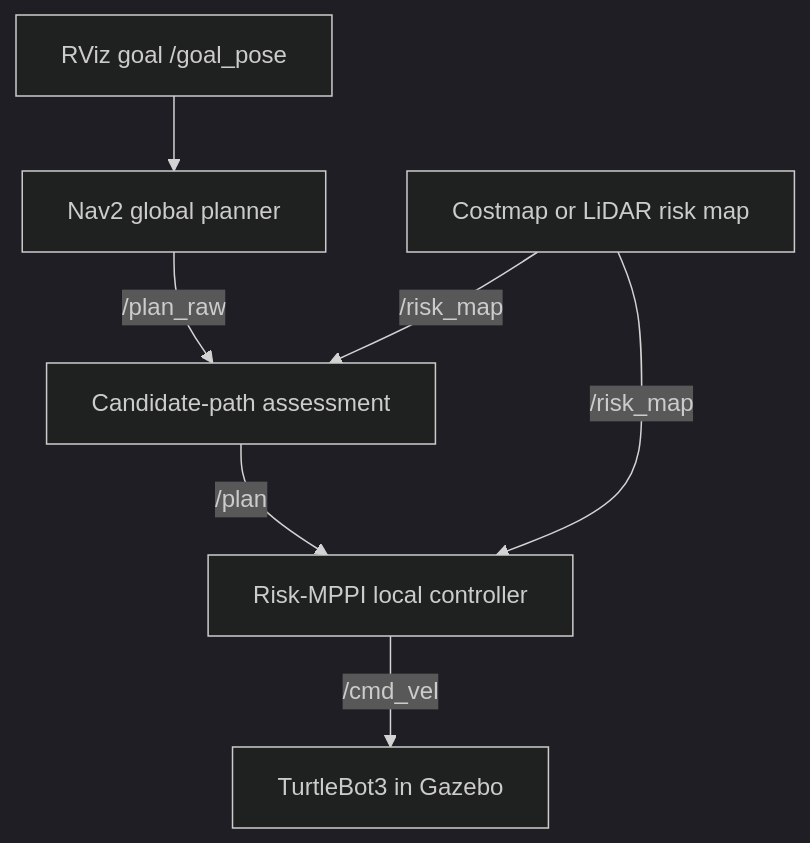
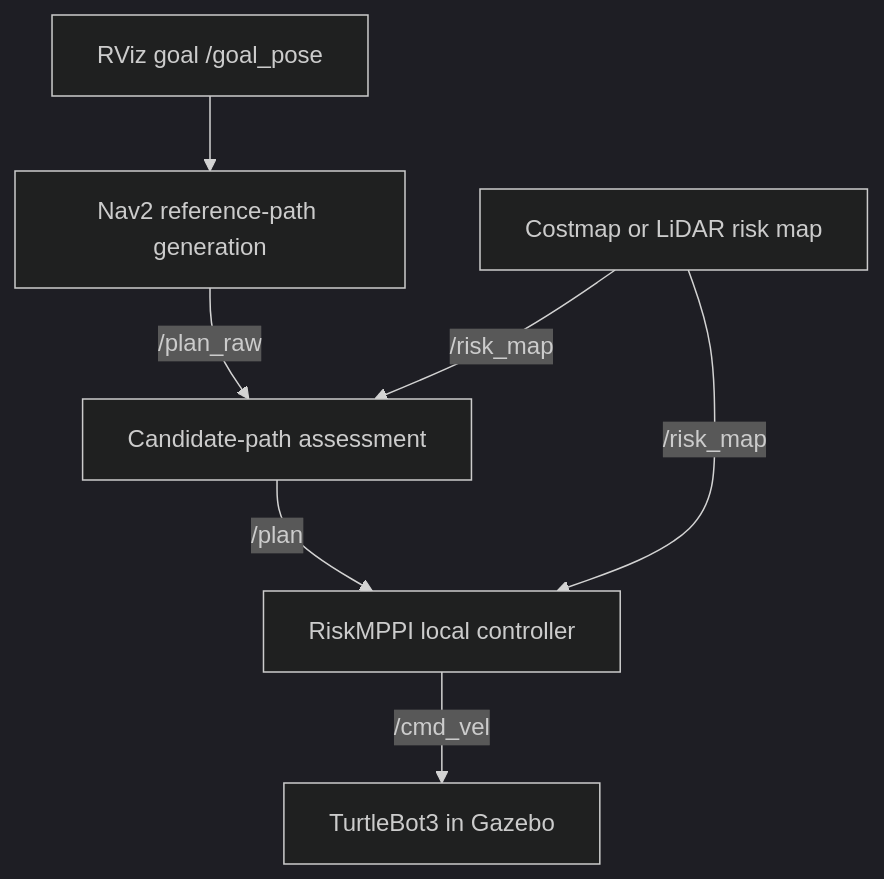
Before and after one commit to ShuaiChen817/Risk-MPPI: the diagram in README.md, drawn with Mermaid (dark theme). The commit also changed other lines of this file, not shown here.

Commit message:
Describe custom RiskMPPI algorithm and remove RRT references from README

````diff
--- a/README.md
+++ b/README.md
@@ -29,9 +29,9 @@
 ```mermaid
 flowchart TD
-    A["RViz goal /goal_pose"] --> B["Nav2 global planner"]
+    A["RViz goal /goal_pose"] --> B["Nav2 reference-path generation"]
     B -->|/plan_raw| C["Candidate-path assessment"]
     D["Costmap or LiDAR risk map"] -->|/risk_map| C
-    C -->|/plan| E["Risk-MPPI local controller"]
+    C -->|/plan| E["RiskMPPI local controller"]
     D -->|/risk_map| E
     E -->|/cmd_vel| F["TurtleBot3 in Gazebo"]
 ```
````
